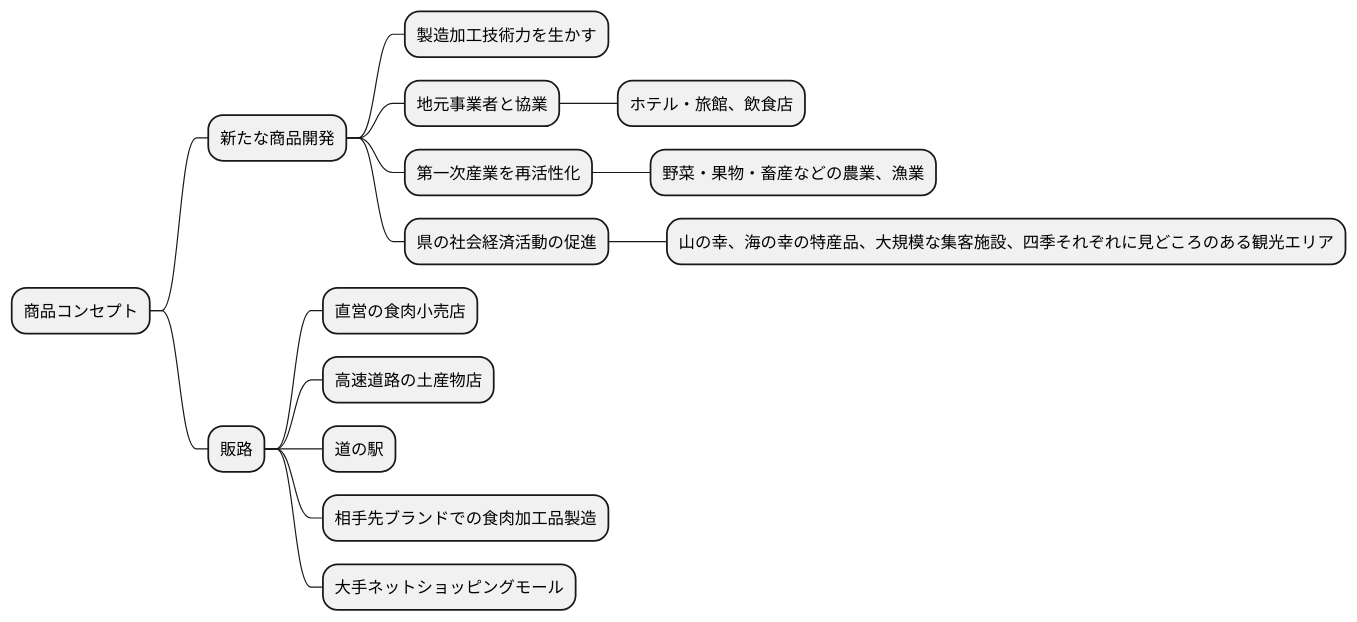
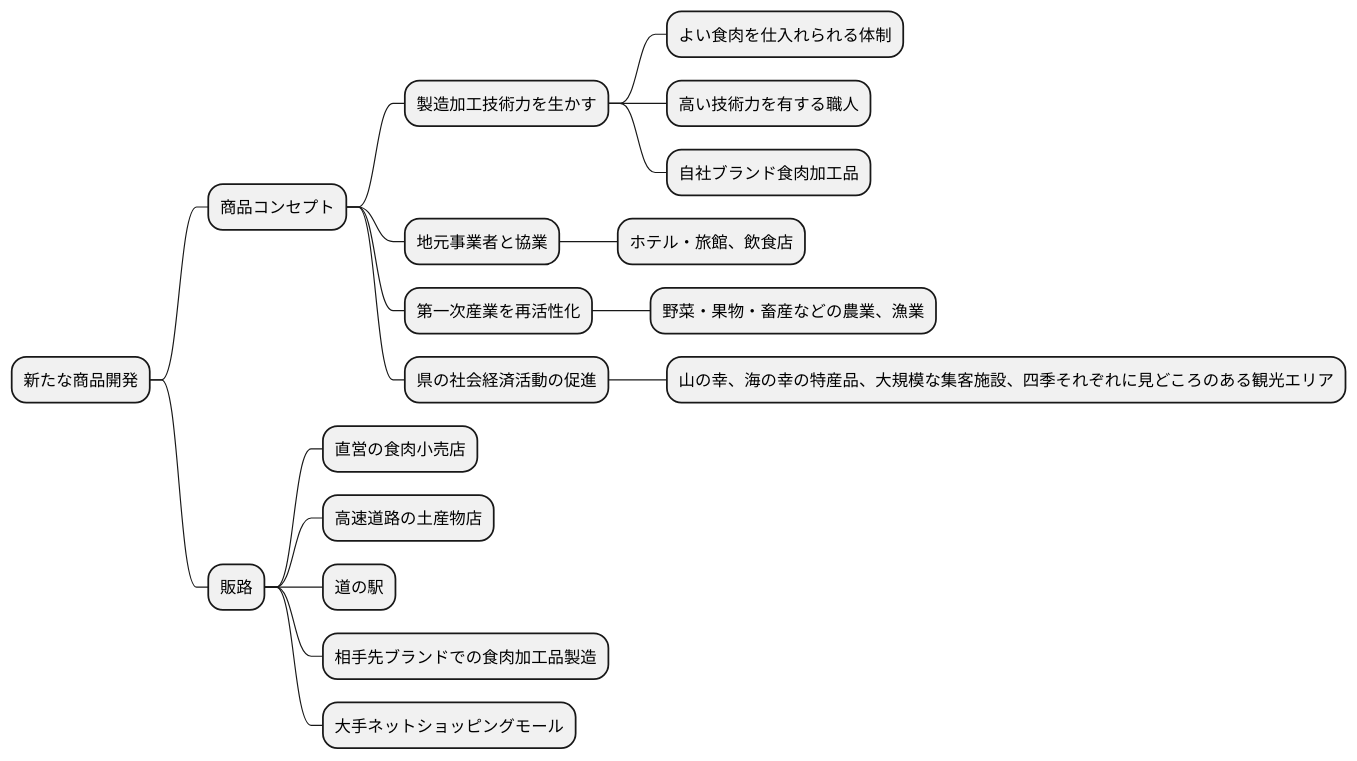
The second of 7 diagrams in docs/R04/study/study_2_take01.md (k2works/requirements_definition_excercise), drawn with PlantUML before and after one commit. The commit also changed other lines of this file, not shown here.

````diff
--- a/docs/R04/study/study_2_take01.md
+++ b/docs/R04/study/study_2_take01.md
@@ -78,21 +82,24 @@
 ```plantuml
 @startmindmap
 
-* 商品コンセプト
-** 新たな商品開発
+* 新たな商品開発
+** 商品コンセプト
 *** 製造加工技術力を生かす
+**** よい食肉を仕入れられる体制
+**** 高い技術力を有する職人
+**** 自社ブランド食肉加工品
 *** 地元事業者と協業
 **** ホテル・旅館、飲食店
 *** 第一次産業を再活性化
 **** 野菜・果物・畜産などの農業、漁業
 *** 県の社会経済活動の促進
 **** 山の幸、海の幸の特産品、大規模な集客施設、四季それぞれに見どころのある観光エリア
 ** 販路
 *** 直営の食肉小売店
 *** 高速道路の土産物店
 *** 道の駅
 *** 相手先ブランドでの食肉加工品製造
 *** 大手ネットショッピングモール
 
 @endmindmap
 ```
````
